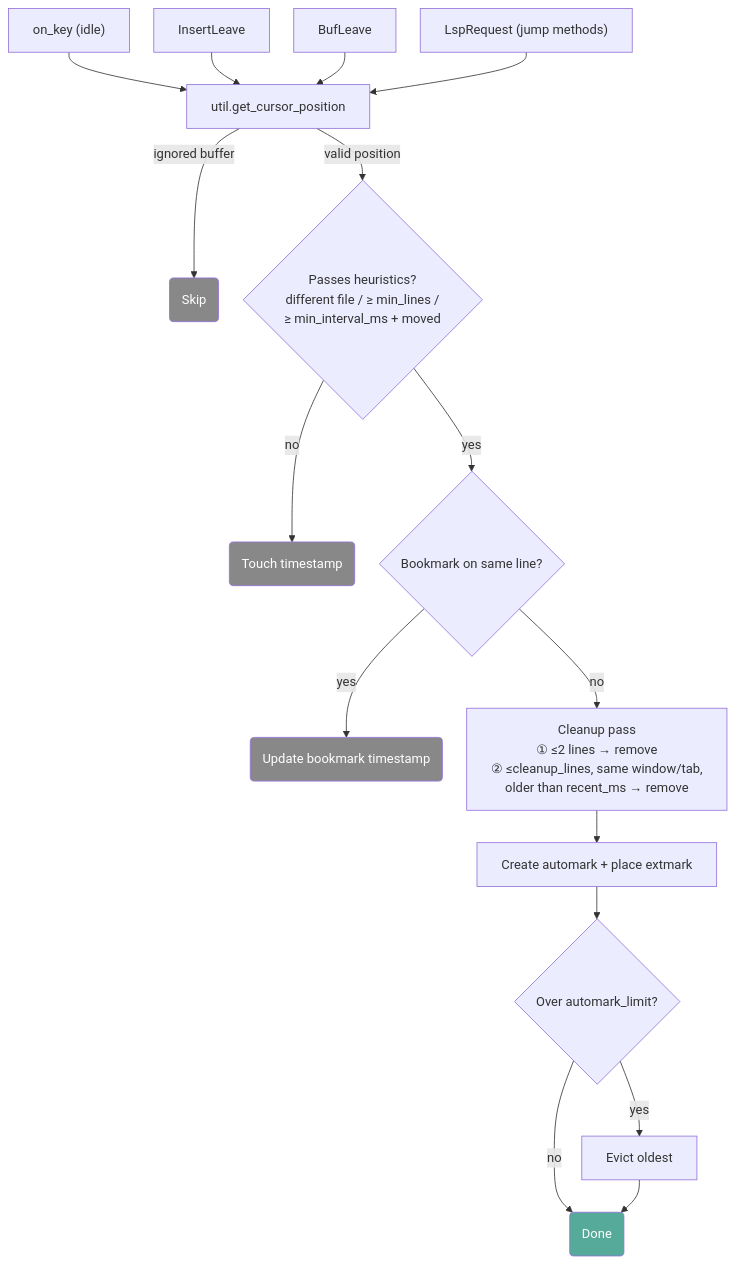
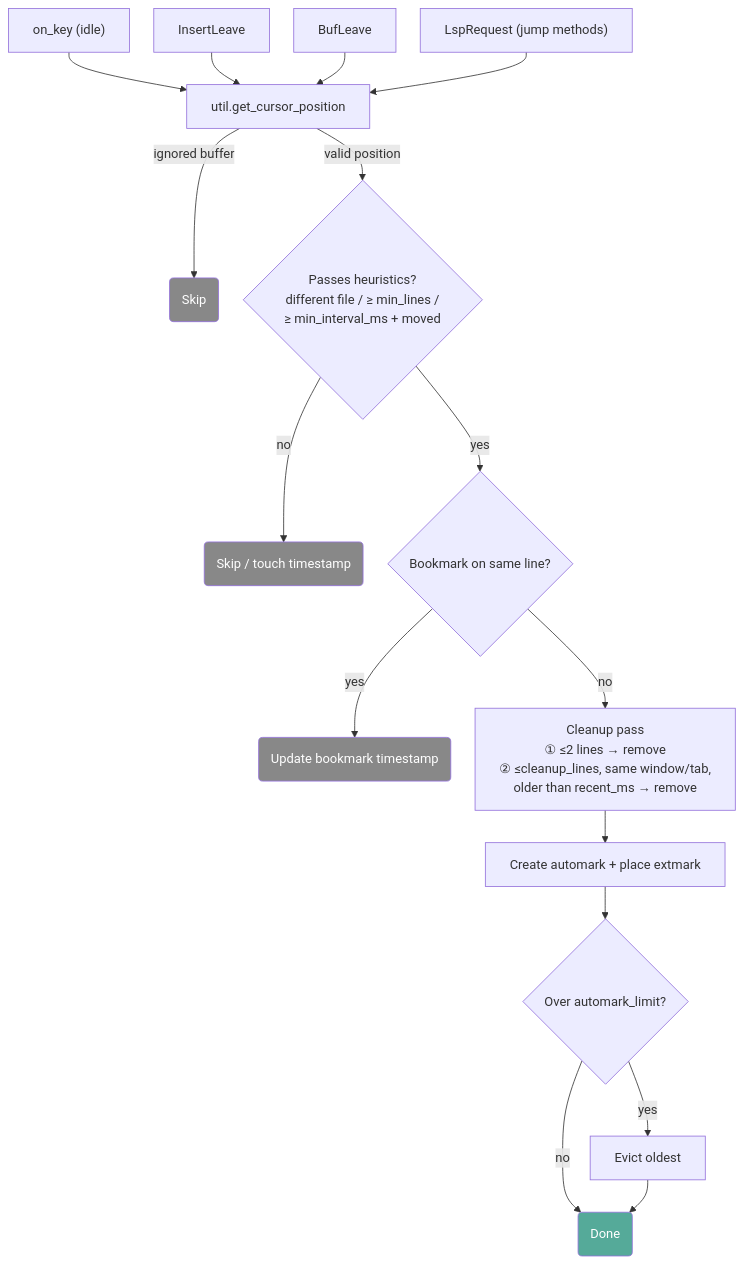
Before and after one commit to pablosgraduation/waymark.nvim: the first of 5 diagrams in ARCHITECTURE.md, drawn with Mermaid. The commit also changed other lines of this file, not shown here.

````diff
--- a/ARCHITECTURE.md
+++ b/ARCHITECTURE.md
@@ -81,44 +81,44 @@
 ```mermaid
 ---
 config:
   flowchart:
     nodeSpacing: 30
     rankSpacing: 40
     useMaxWidth: false
     wrappingWidth: 300
 ---
 flowchart TD
     A["on_key (idle)"]
     B[InsertLeave]
     C[BufLeave]
     D["LspRequest (jump methods)"]
 
     A & B & C & D --> E[util.get_cursor_position]
     E -->|ignored buffer| F(Skip)
     E -->|valid position| G
 
     G{"Passes heuristics?
     different file / ≥ min_lines /
     ≥ min_interval_ms + moved"}
-    G -->|no| T(Touch timestamp)
+    G -->|no| T(Skip / touch timestamp)
     G -->|yes| BK{Bookmark on same line?}
 
     BK -->|yes| BKU(Update bookmark timestamp)
     BK -->|no| CL
 
     CL["Cleanup pass
     ① ≤2 lines → remove
     ② ≤cleanup_lines, same window/tab,
     older than recent_ms → remove"]
 
     CL --> CR[Create automark + place extmark]
     CR --> EV{Over automark_limit?}
     EV -->|yes| RM[Evict oldest]
     EV -->|no| DN(Done)
     RM --> DN
 
     style F fill:#888,color:#fff
     style T fill:#888,color:#fff
     style BKU fill:#888,color:#fff
     style DN fill:#5a9,color:#fff
 ```
````
